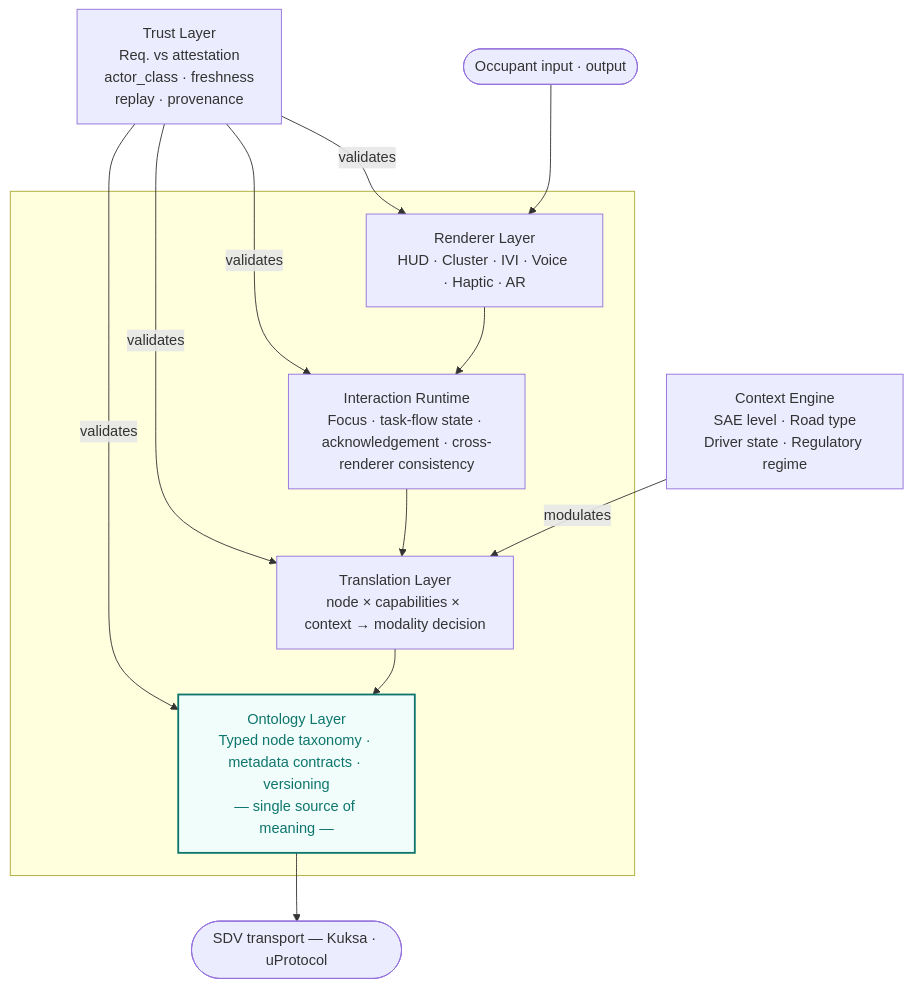
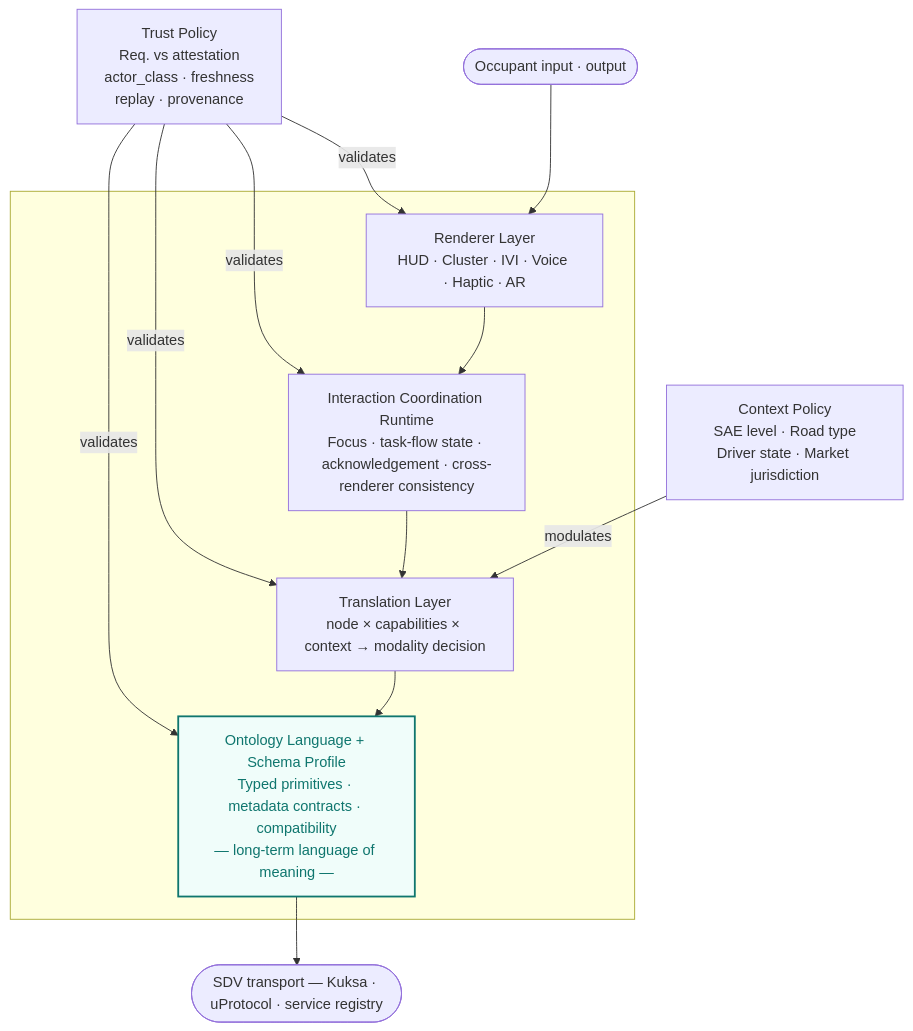
Before and after one commit to yaneczech/SIA: the second of 3 diagrams in 01_Semantic-Interaction-Architecture-sdv.md, drawn with Mermaid. The commit also changed other lines of this file, not shown here.

Commit message:
Remove duplicate SVG Fig 2, align Mermaid with mediation architecture
The merge introduced both the SVG and a Mermaid block for Fig 2.
Remove the SVG reference; update Mermaid terminology to match the
paper's current language: Trust Policy, Context Policy, Ontology
Language + Schema Profile, Interaction Coordination Runtime.

````diff
--- a/01_Semantic-Interaction-Architecture-sdv.md
+++ b/01_Semantic-Interaction-Architecture-sdv.md
@@ -90,28 +88,28 @@
 ```mermaid
 graph TB
     EXT1(["Occupant input · output"])
 
     subgraph STACK [" "]
         R["Renderer Layer\nHUD · Cluster · IVI · Voice · Haptic · AR"]
-        RT["Interaction Runtime\nFocus · task-flow state · acknowledgement · cross-renderer consistency"]
+        RT["Interaction Coordination Runtime\nFocus · task-flow state · acknowledgement · cross-renderer consistency"]
         T["Translation Layer\nnode × capabilities × context → modality decision"]
-        O["Ontology Layer\nTyped node taxonomy · metadata contracts · versioning\n— single source of meaning —"]
+        O["Ontology Language + Schema Profile\nTyped primitives · metadata contracts · compatibility\n— long-term language of meaning —"]
     end
 
-    CE["Context Engine\nSAE level · Road type\nDriver state · Regulatory regime"]
-    TL["Trust Layer\nReq. vs attestation\nactor_class · freshness\nreplay · provenance"]
-    EXT2(["SDV transport — Kuksa · uProtocol"])
+    CE["Context Policy\nSAE level · Road type\nDriver state · Market jurisdiction"]
+    TL["Trust Policy\nReq. vs attestation\nactor_class · freshness\nreplay · provenance"]
+    EXT2(["SDV transport — Kuksa · uProtocol · service registry"])
 
     EXT1 --> R
     R --> RT
     RT --> T
     T --> O
     O --> EXT2
     CE -->|"modulates"| T
     TL -->|"validates"| R
     TL -->|"validates"| RT
     TL -->|"validates"| T
     TL -->|"validates"| O
 
     style O fill:#f0fdfa,stroke:#0f766e,stroke-width:2px,color:#0f766e
 ```
````
